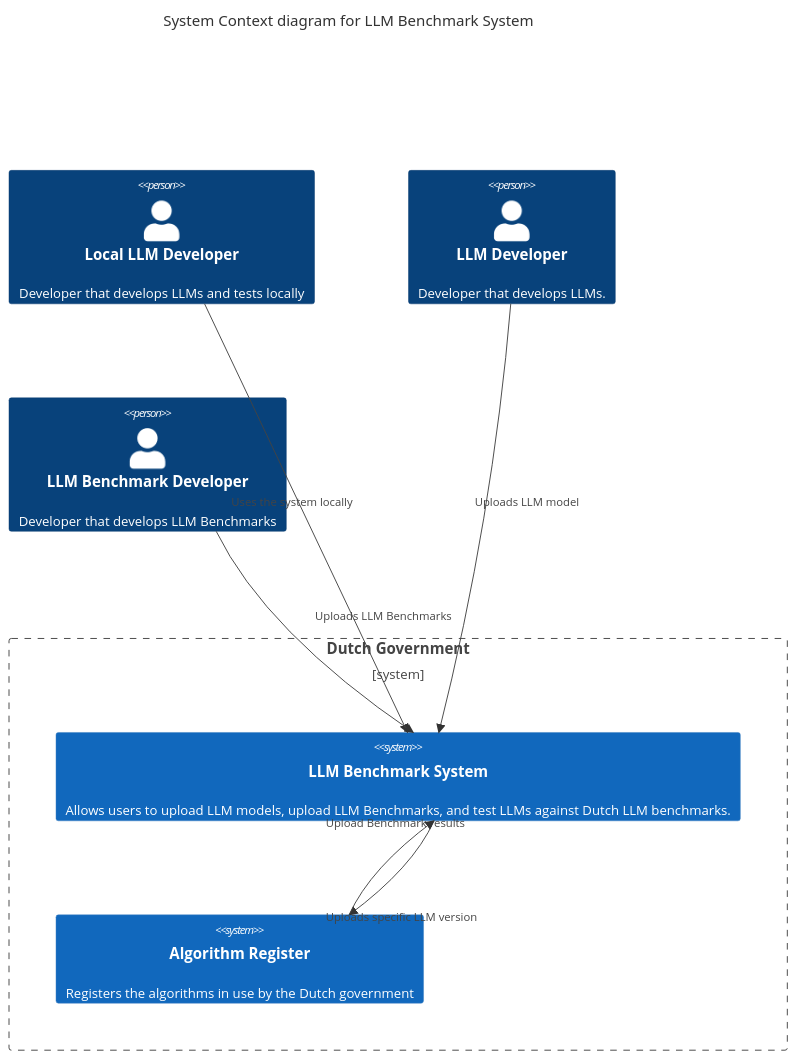
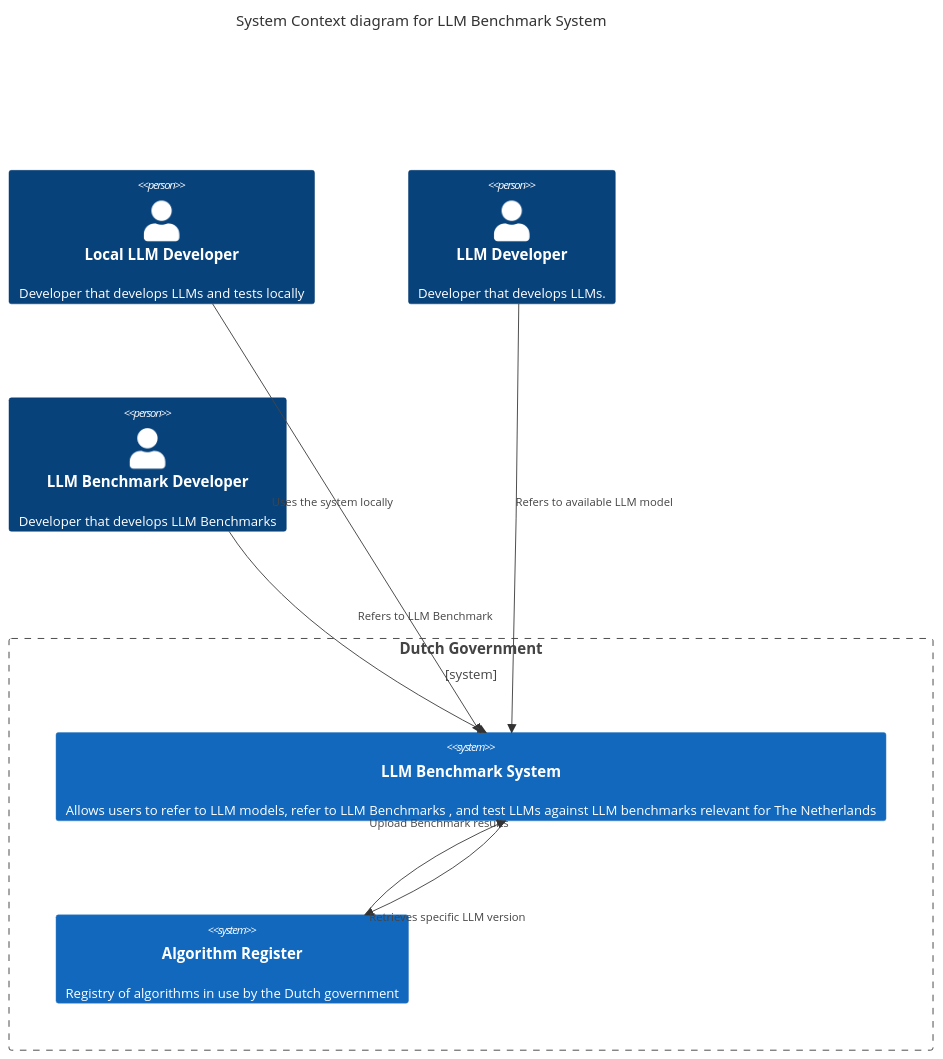
One commit to MinBZK/llm-benchmark changed the diagram in Docs/system_diagram.mmd. Above: the diagram before and after it, drawn with Mermaid. The commit also changed 1 other file, not shown here.

```diff
--- a/Docs/system_diagram.mmd
+++ b/Docs/system_diagram.mmd
@@ -1,28 +1,26 @@
  C4Context
       title System Context diagram for LLM Benchmark System
       Boundary(b0, "Dutch Government") {
-        System(SystemLLMBenchmark, "LLM Benchmark System", "Allows users to upload LLM models, upload LLM Benchmarks, and test LLMs against Dutch LLM benchmarks.")
-        System(SystemAlgoReg, "Algorithm Register", "Registers the algorithms in use by the Dutch government")
+        System(SystemLLMBenchmark, "LLM Benchmark System", "Allows users to refer to LLM models, refer to LLM Benchmarks
+        , and test LLMs against LLM benchmarks relevant for The Netherlands")
+        System(SystemAlgoReg, "Algorithm Register", "Registry of algorithms in use by the Dutch government")
       }
 
       Person(dev0, "Local LLM Developer", "Developer that develops LLMs and tests locally")
       Person(dev, "LLM Developer", "Developer that develops LLMs.")
       Person(dev1, "LLM Benchmark Developer", "Developer that develops LLM Benchmarks")
 
       Rel(dev0, SystemLLMBenchmark, "Uses the system locally")
-      Rel(dev, SystemLLMBenchmark, "Uploads LLM model")
-      Rel(dev1, SystemLLMBenchmark, "Uploads LLM Benchmarks")
+      Rel(dev, SystemLLMBenchmark, "Refers to available LLM model")
+      Rel(dev1, SystemLLMBenchmark, "Refers to LLM Benchmark")
 
       Rel(SystemLLMBenchmark, SystemAlgoReg, "Upload Benchmark results")
-      Rel(SystemAlgoReg, SystemLLMBenchmark, "Uploads specific LLM version")
-
-      Rel(SystemLLMBenchmark, SystemAlgoReg, "Upload Benchmark results")
-      Rel(SystemAlgoReg, SystemLLMBenchmark, "Uploads specific LLM version")
+      Rel(SystemAlgoReg, SystemLLMBenchmark, "Retrieves specific LLM version")
 
       UpdateRelStyle(SystemLLMBenchmark, SystemAlgoReg, $offsetY="-50", $offsetX="-70")
       UpdateRelStyle(SystemAlgoReg, SystemLLMBenchmark, $offsetY="50", $offsetX="-70")
       UpdateLayoutConfig($c4ShapeInRow="3", $c4BoundaryInRow="1")
 
       UpdateRelStyle(dev0, SystemLLMBenchmark, $offsetY="-20", $offsetX="-80")
       UpdateRelStyle(dev, SystemLLMBenchmark, $offsetY="-20")
       UpdateRelStyle(dev1, SystemLLMBenchmark, $offsetY="-20")
```
